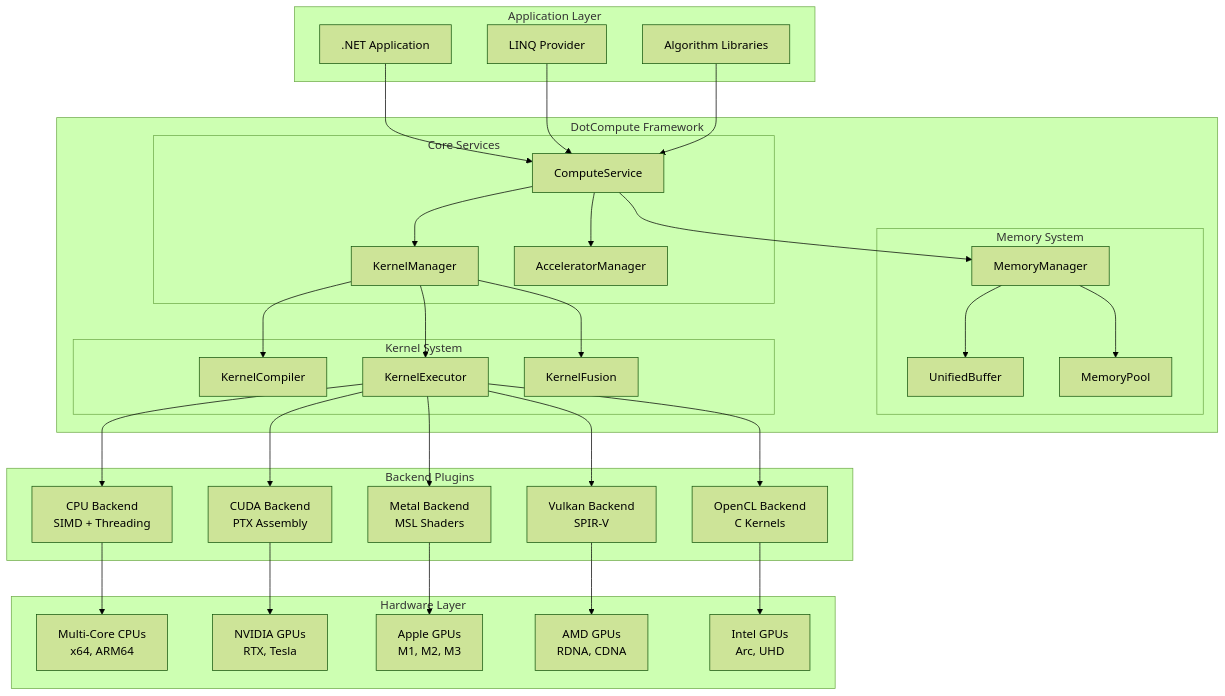
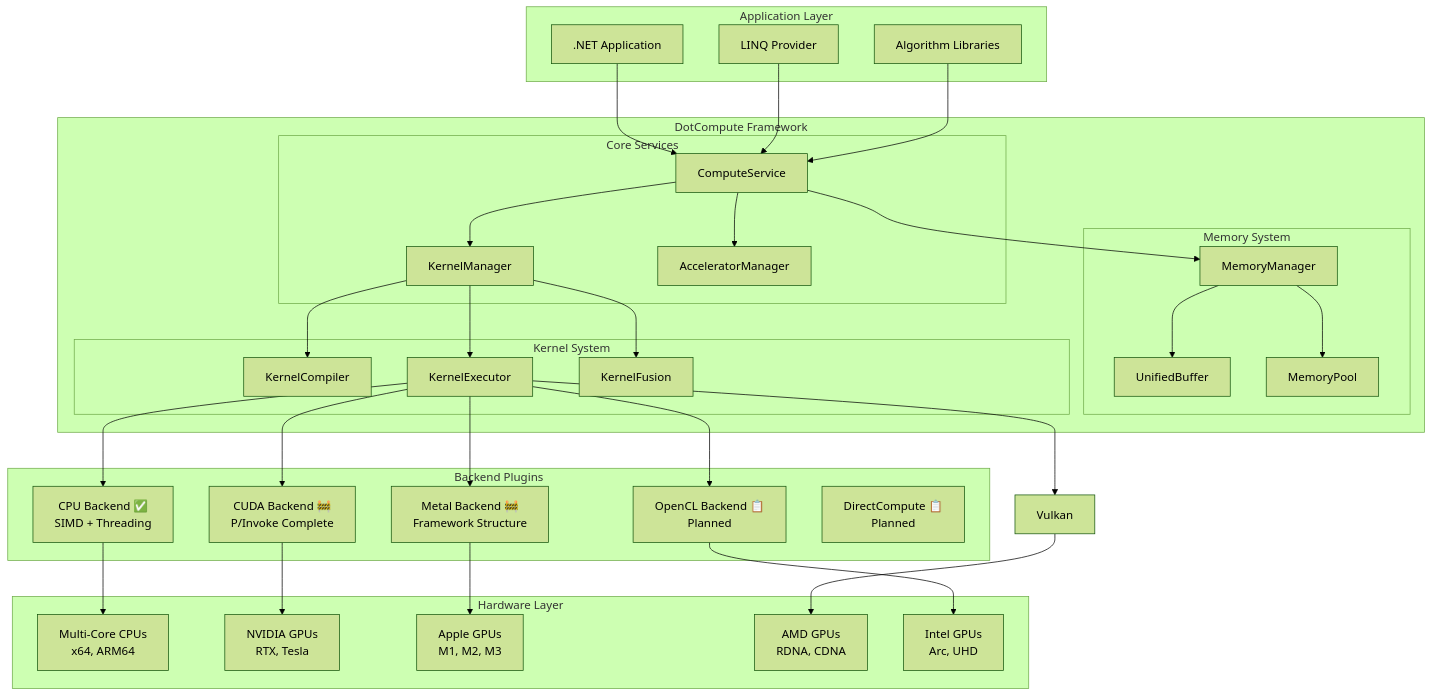
Before and after one commit to mivertowski/DotCompute: the first of 2 diagrams in docs/guide-documentation/architecture-overview.md, drawn with Mermaid (forest theme). The commit also changed other lines of this file and 101 other files, not shown here.

````diff
--- a/docs/guide-documentation/architecture-overview.md
+++ b/docs/guide-documentation/architecture-overview.md
@@ -35,71 +35,71 @@
 ```mermaid
 graph TB
     subgraph "Application Layer"
         App[.NET Application]
         LINQ[LINQ Provider]
         Algos[Algorithm Libraries]
     end
     
     subgraph "DotCompute Framework"
         subgraph "Core Services"
             CS[ComputeService]
             KM[KernelManager]
             AM[AcceleratorManager]
         end
         
         subgraph "Memory System"
             UB[UnifiedBuffer<T>]
             MP[MemoryPool<T>]
             MM[MemoryManager]
         end
         
         subgraph "Kernel System"
             KC[KernelCompiler]
             KE[KernelExecutor]
             KF[KernelFusion]
         end
     end
     
     subgraph "Backend Plugins"
-        CPU[CPU Backend<br/>SIMD + Threading]
-        CUDA[CUDA Backend<br/>PTX Assembly]
-        Metal[Metal Backend<br/>MSL Shaders]
-        Vulkan[Vulkan Backend<br/>SPIR-V]
-        OpenCL[OpenCL Backend<br/>C Kernels]
+        CPU[CPU Backend ✅<br/>SIMD + Threading]
+        CUDA[CUDA Backend 🚧<br/>P/Invoke Complete]
+        Metal[Metal Backend 🚧<br/>Framework Structure]
+        OpenCL[OpenCL Backend 📋<br/>Planned]
+        DirectCompute[DirectCompute 📋<br/>Planned]
     end
     
     subgraph "Hardware Layer"
         CPUs[Multi-Core CPUs<br/>x64, ARM64]
         NVIDIA[NVIDIA GPUs<br/>RTX, Tesla]
         Apple[Apple GPUs<br/>M1, M2, M3]
         AMD[AMD GPUs<br/>RDNA, CDNA]
         Intel[Intel GPUs<br/>Arc, UHD]
     end
     
     App --> CS
     LINQ --> CS
     Algos --> CS
     
     CS --> KM
     CS --> AM
     CS --> MM
     
     KM --> KC
     KM --> KE
     KM --> KF
     
     MM --> UB
     MM --> MP
     
     KE --> CPU
     KE --> CUDA
     KE --> Metal
     KE --> Vulkan
     KE --> OpenCL
     
     CPU --> CPUs
     CUDA --> NVIDIA
     Metal --> Apple
     Vulkan --> AMD
     OpenCL --> Intel
 ```
````
